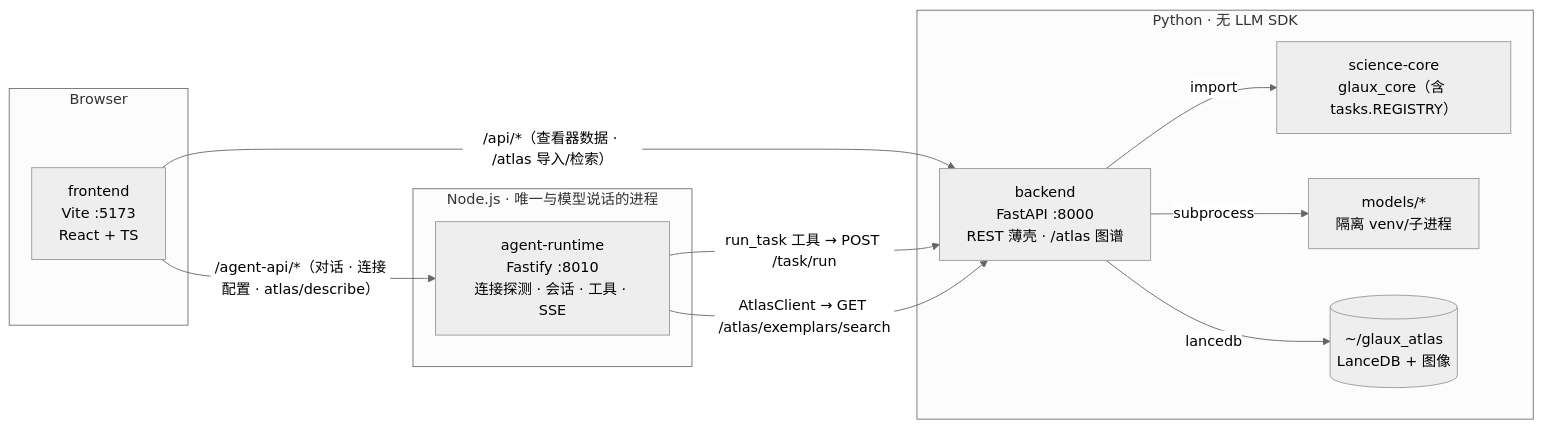
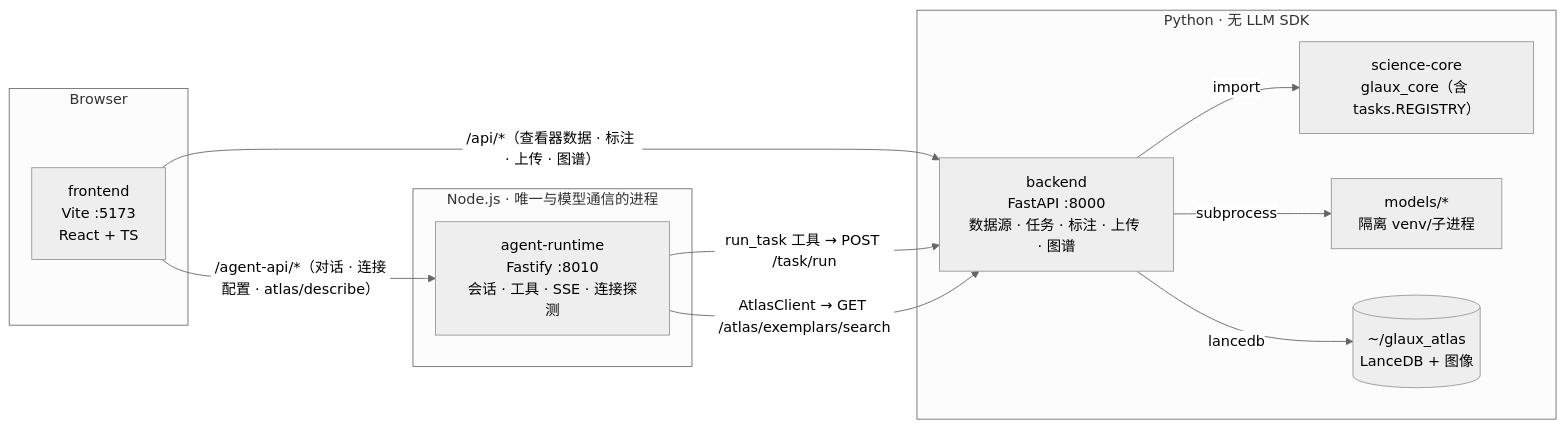
The first of 2 diagrams in docs/architecture.zh-CN.md (zhentai-sn/open-glaux), drawn with Mermaid (neutral theme) before and after one commit. The commit also changed other lines of this file, not shown here.

First line of the commit message:
docs(architecture): 按现状重写仓库骨架总览

````diff
--- a/docs/architecture.zh-CN.md
+++ b/docs/architecture.zh-CN.md
@@ -23,25 +21,25 @@
 ```mermaid
 graph LR
     subgraph Browser
         FE["frontend<br/>Vite :5173<br/>React + TS"]
     end
 
-    subgraph "Node.js · 唯一与模型说话的进程"
-        AR["agent-runtime<br/>Fastify :8010<br/>连接探测 · 会话 · 工具 · SSE"]
+    subgraph "Node.js · 唯一与模型通信的进程"
+        AR["agent-runtime<br/>Fastify :8010<br/>会话 · 工具 · SSE · 连接探测"]
     end
 
     subgraph "Python · 无 LLM SDK"
-        BE["backend<br/>FastAPI :8000<br/>REST 薄壳 · /atlas 图谱"]
+        BE["backend<br/>FastAPI :8000<br/>数据源 · 任务 · 标注 · 上传 · 图谱"]
         SC["science-core<br/>glaux_core（含 tasks.REGISTRY）"]
         MD["models/*<br/>隔离 venv/子进程"]
         AT[("~/glaux_atlas<br/>LanceDB + 图像")]
     end
 
     FE -- "/agent-api/*（对话 · 连接配置 · atlas/describe）" --> AR
-    FE -- "/api/*（查看器数据 · /atlas 导入/检索）" --> BE
+    FE -- "/api/*（查看器数据 · 标注 · 上传 · 图谱）" --> BE
     AR -- "run_task 工具 → POST /task/run" --> BE
     AR -- "AtlasClient → GET /atlas/exemplars/search" --> BE
     BE -- "lancedb" --> AT
     BE -- "import" --> SC
     BE -- "subprocess" --> MD
 ```
````
